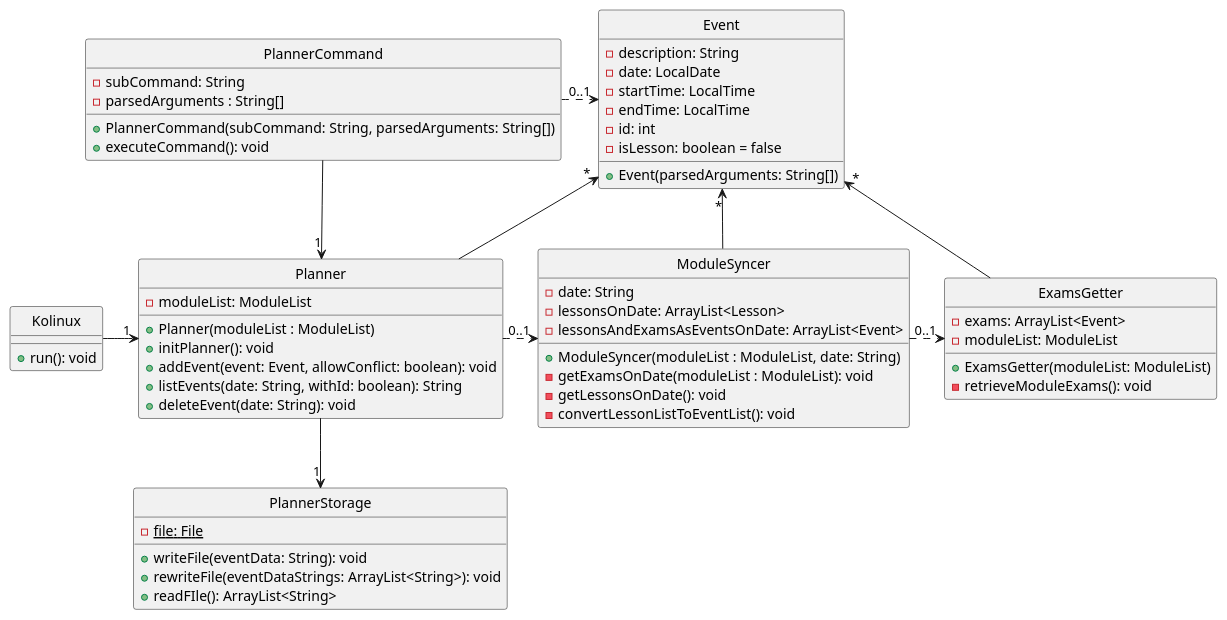
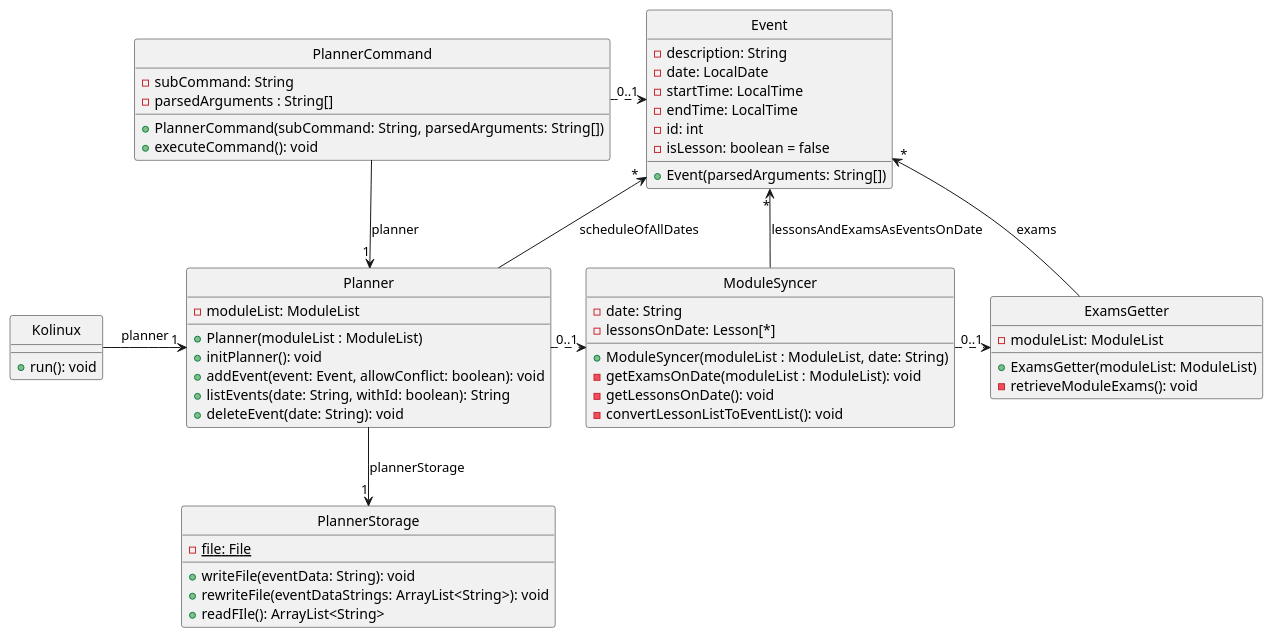
Before and after one commit to shyamgj1900/tp: the diagram in docs/assets/plantuml/PlannerClassDiagram.puml, drawn with PlantUML.

Commit message:
Add roles and update planner class diagram

```diff
--- a/docs/assets/plantuml/PlannerClassDiagram.puml
+++ b/docs/assets/plantuml/PlannerClassDiagram.puml
@@ -1,70 +1,68 @@
 @startuml
 'https://plantuml.com/class-diagram
 
 hide circle
 
 class PlannerCommand {
     - subCommand: String
     - parsedArguments : String[]
     + PlannerCommand(subCommand: String, parsedArguments: String[])
     + executeCommand(): void
 }
 
 class Kolinux {
     + run(): void
 }
 
 class Planner {
     - moduleList: ModuleList
     + Planner(moduleList : ModuleList)
     + initPlanner(): void
     + addEvent(event: Event, allowConflict: boolean): void
     + listEvents(date: String, withId: boolean): String
     + deleteEvent(date: String): void
 }
 
 class Event {
     - description: String
     - date: LocalDate
     - startTime: LocalTime
     - endTime: LocalTime
     - id: int
     - isLesson: boolean = false
     + Event(parsedArguments: String[])
 }
 
 class PlannerStorage {
     - {static} file: File
     + writeFile(eventData: String): void
     + rewriteFile(eventDataStrings: ArrayList<String>): void
     + readFIle(): ArrayList<String>
 }
 
 class ModuleSyncer {
     - date: String
-    - lessonsOnDate: ArrayList<Lesson>
-    - lessonsAndExamsAsEventsOnDate: ArrayList<Event>
+    - lessonsOnDate: Lesson[*]
     + ModuleSyncer(moduleList : ModuleList, date: String)
     - getExamsOnDate(moduleList : ModuleList): void
     - getLessonsOnDate(): void
     - convertLessonListToEventList(): void
 }
 
 class ExamsGetter {
-    - exams: ArrayList<Event>
     - moduleList: ModuleList
     + ExamsGetter(moduleList: ModuleList)
     - retrieveModuleExams(): void
 }
 
-PlannerCommand --> "1" Planner
-Kolinux -> "1" Planner
-Planner --> "1" PlannerStorage
+PlannerCommand --> "1" Planner : planner
+Kolinux -> "1" Planner : planner
+Planner --> "1" PlannerStorage : plannerStorage
 Planner .> "0..1" ModuleSyncer
 ModuleSyncer .> "0..1" ExamsGetter
 PlannerCommand .> "0..1" Event
-Event "*" <-- ModuleSyncer
-Event "*" <-- ExamsGetter
-Event "*" <- Planner
+Event "*" <-- ModuleSyncer : lessonsAndExamsAsEventsOnDate
+Event "*" <-- ExamsGetter : exams
+Event "*" <- Planner : scheduleOfAllDates
 
 @enduml
```
